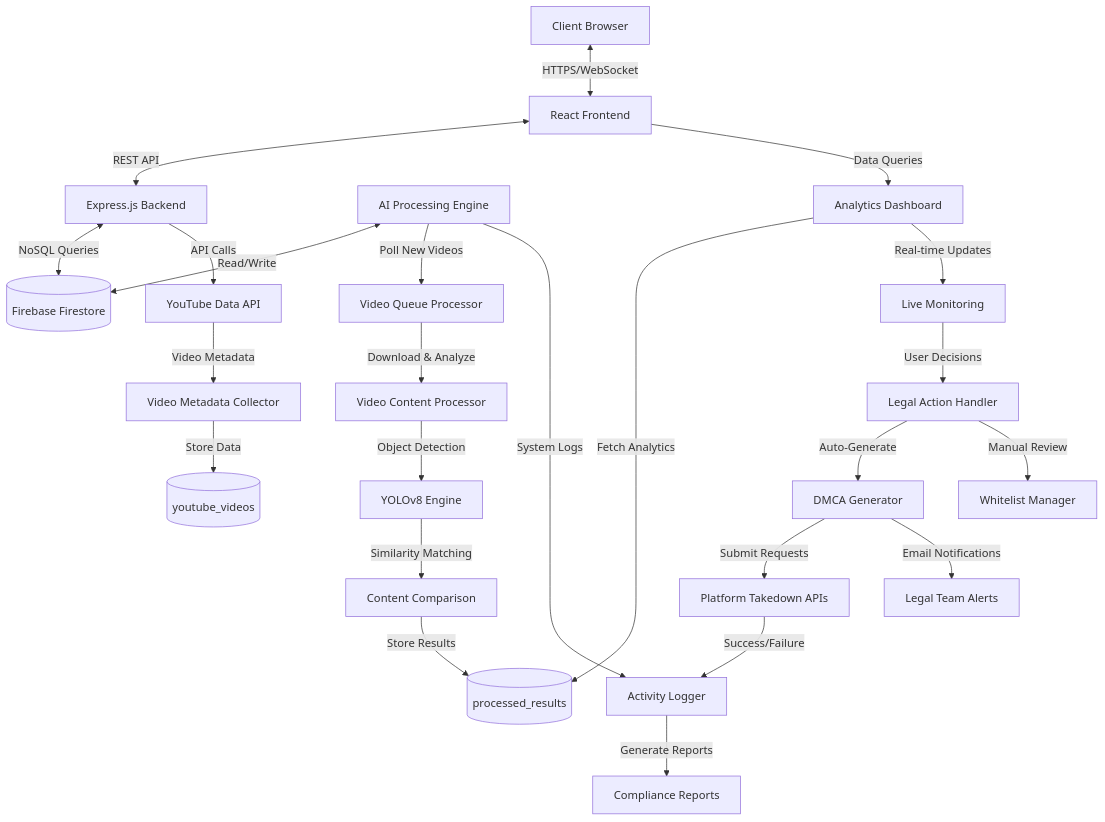
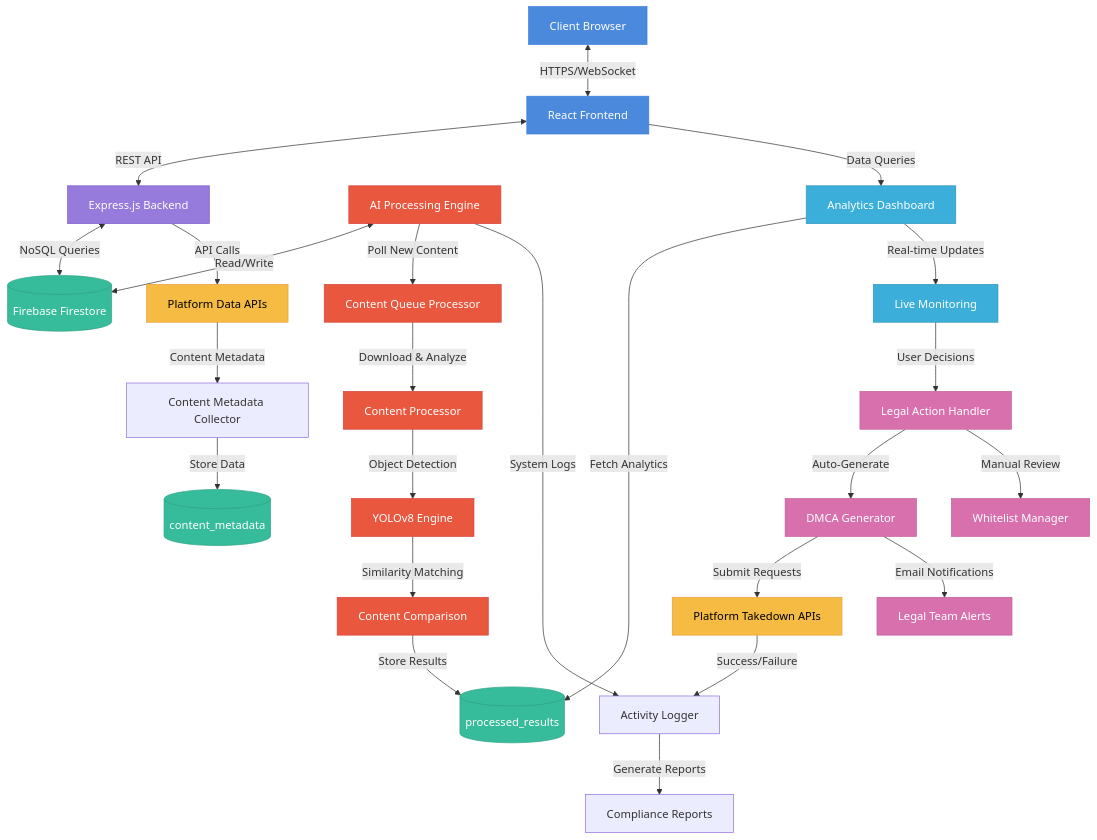
The second of 2 diagrams in README.md (sktigpta/Secure-Rights), drawn with Mermaid before and after one commit. The commit also changed other lines of this file, not shown here.

````diff
--- a/README.md
+++ b/README.md
@@ -191,51 +189,57 @@
 ```mermaid
 flowchart TD
     %% Layer 1: Client-Server Communication
     A[Client Browser] <-->|HTTPS/WebSocket| B[React Frontend]
     B <-->|REST API| C[Express.js Backend]
     C <-->|NoSQL Queries| D[(Firebase Firestore)]
     
     %% Layer 2: Data Collection
-    C -->|API Calls| E[YouTube Data API]
-    E -->|Video Metadata| F[Video Metadata Collector]
-    F -->|Store Data| G[(youtube_videos)]
+    C -->|API Calls| E[Platform Data APIs]
+    E -->|Content Metadata| F[Content Metadata Collector]
+    F -->|Store Data| G[(content_metadata)]
     
     %% Layer 3: AI Processing
     H[AI Processing Engine] <-->|Read/Write| D
-    H -->|Poll New Videos| I[Video Queue Processor]
-    I -->|Download & Analyze| J[Video Content Processor]
+    H -->|Poll New Content| I[Content Queue Processor]
+    I -->|Download & Analyze| J[Content Processor]
     J -->|Object Detection| K[YOLOv8 Engine]
     K -->|Similarity Matching| L[Content Comparison]
     L -->|Store Results| M[(processed_results)]
     
     %% Layer 4: Analytics
     B -->|Data Queries| N[Analytics Dashboard]
     N -->|Fetch Analytics| M
     N -->|Real-time Updates| O[Live Monitoring]
     
     %% Layer 5: Actions
     O -->|User Decisions| P[Legal Action Handler]
     P -->|Auto-Generate| Q[DMCA Generator]
     P -->|Manual Review| R[Whitelist Manager]
     
     %% Layer 6: External
     Q -->|Submit Requests| S[Platform Takedown APIs]
     Q -->|Email Notifications| T[Legal Team Alerts]
     
     %% Layer 7: Monitoring
     H -->|System Logs| U[Activity Logger]
     S -->|Success/Failure| U
     U -->|Generate Reports| V[Compliance Reports]
     
     %% Styling
     classDef frontend fill:#4A89DC,stroke:#3B7DDD,color:white
     classDef backend fill:#967ADC,stroke:#7B5EC6,color:white
     classDef database fill:#37BC9B,stroke:#2FA285,color:white
     classDef api fill:#F6BB42,stroke:#E6A23C,color:black
     classDef ai fill:#E9573F,stroke:#D9433A,color:white
     classDef analytics fill:#3BAFDA,stroke:#2F96BA,color:white
     classDef legal fill:#D770AD,stroke:#C45F9B,color:white
     
     %% Apply styles
-    class A,B front
+    class A,B frontend
+    class C backend
+    class D,G,M database
+    class E,S api
+    class H,I,J,K,L ai
+    class N,O analytics
+    class P,Q,R,T legal
 ```
````
